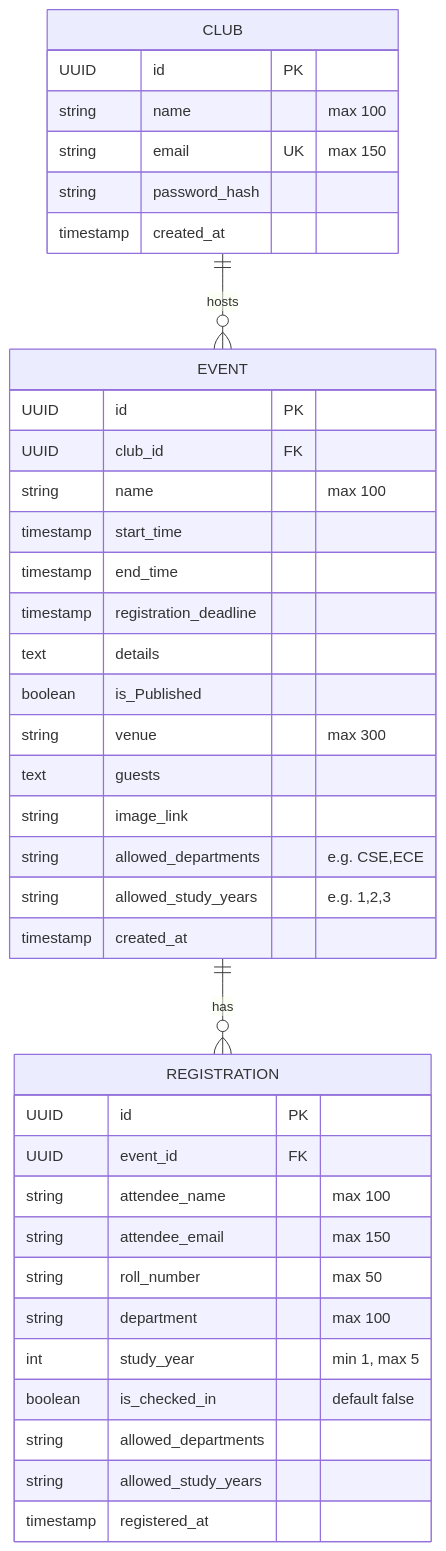
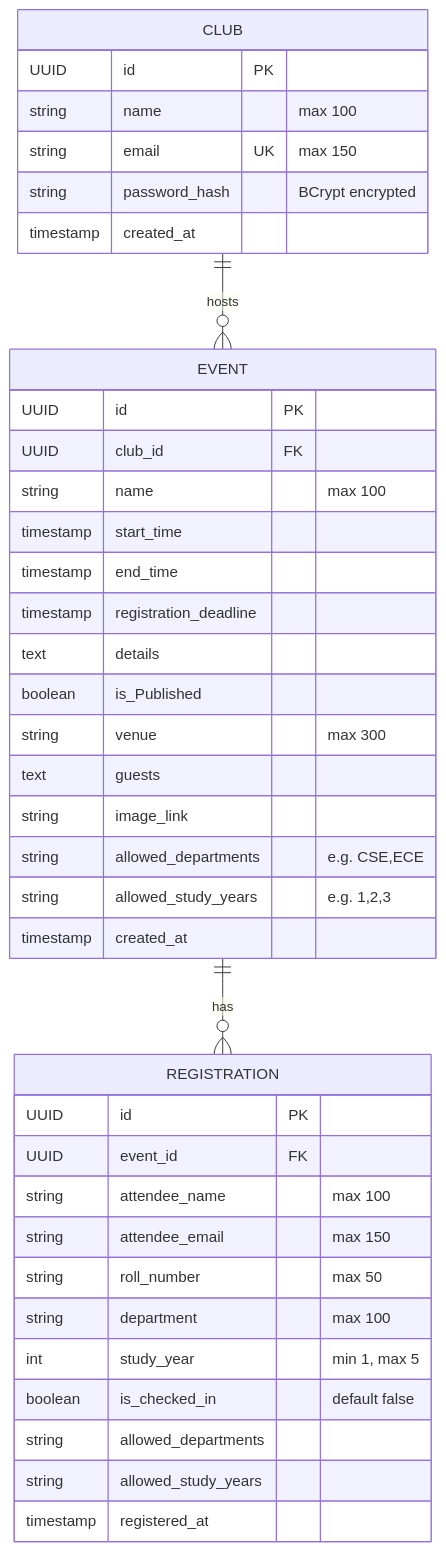
Before and after one commit to Geet-Prince/eventify: the first of 2 diagrams in README.md, drawn with Mermaid. The commit also changed other lines of this file and 11 other files, not shown here.

````diff
--- a/README.md
+++ b/README.md
@@ -67,44 +85,44 @@
 ```mermaid
 erDiagram
     CLUB ||--o{ EVENT : "hosts"
     EVENT ||--o{ REGISTRATION : "has"
 
     CLUB {
         UUID id PK
         string name "max 100"
         string email UK "max 150"
-        string password_hash
+        string password_hash "BCrypt encrypted"
         timestamp created_at
     }
 
     EVENT {
         UUID id PK
         UUID club_id FK
         string name "max 100"
         timestamp start_time
         timestamp end_time
         timestamp registration_deadline
         text details
         boolean is_Published
         string venue "max 300"
         text guests
         string image_link
         string allowed_departments "e.g. CSE,ECE"
         string allowed_study_years "e.g. 1,2,3"
         timestamp created_at
     }
 
     REGISTRATION {
         UUID id PK
         UUID event_id FK
         string attendee_name "max 100"
         string attendee_email "max 150"
         string roll_number "max 50"
         string department "max 100"
         int study_year "min 1, max 5"
         boolean is_checked_in "default false"
         string allowed_departments
         string allowed_study_years
         timestamp registered_at
     }
 ```
````
